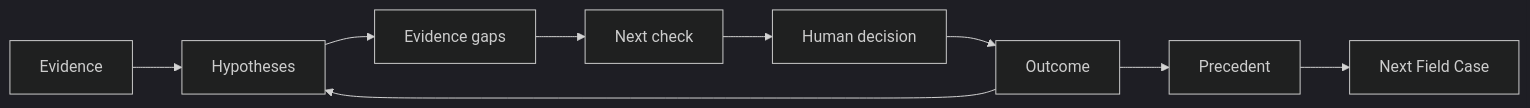
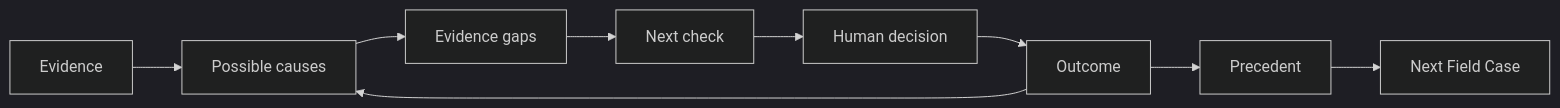
The second of 2 diagrams in README.md (yuemonner/veyra-demo), drawn with Mermaid (dark theme) before and after one commit. The commit also changed other lines of this file and 4 other files, not shown here.

````diff
--- a/README.md
+++ b/README.md
@@ -288,11 +288,11 @@
 ```mermaid
 flowchart LR
-  E["Evidence"] --> H["Hypotheses"]
+  E["Evidence"] --> H["Possible causes"]
   H --> G["Evidence gaps"]
   G --> C["Next check"]
   C --> D["Human decision"]
   D --> O["Outcome"]
   O --> H
   O --> P["Precedent"]
   P --> N["Next Field Case"]
 ```
````
